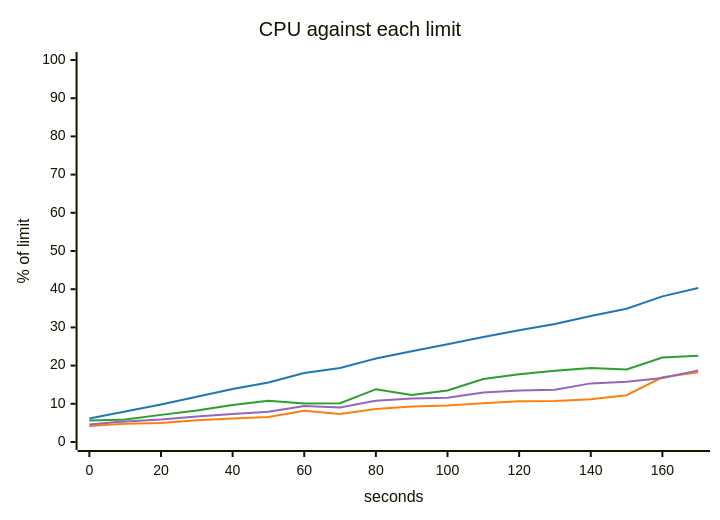
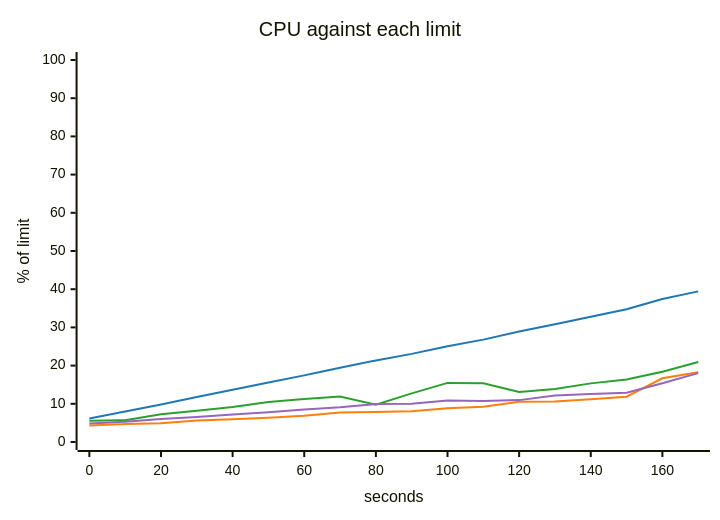
Before and after one commit to akinfemi/load-lore: the fifth of 5 diagrams in scenarios/stale-orders/solutions/bigger-replica/report.md, drawn with Mermaid. The commit also changed other lines of this file and 71 other files, not shown here.

````diff
--- a/scenarios/stale-orders/solutions/bigger-replica/report.md
+++ b/scenarios/stale-orders/solutions/bigger-replica/report.md
@@ -94,17 +95,17 @@
 ```mermaid
 ---
 config:
   themeVariables:
     xyChart:
       backgroundColor: "transparent"
       plotColorPalette: "#1f77b4, #ff7f0e, #2ca02c, #9467bd"
 ---
 xychart-beta
     title "CPU against each limit"
     x-axis "seconds" 0 --> 170
     y-axis "% of limit" 0 --> 100
-    line [6.161, 7.981, 9.844, 11.836, 13.89, 15.602, 18.078, 19.396, 21.838, 23.737, 25.592, 27.467, 29.248, 30.887, 32.969, 34.9, 38.125, 40.298]
-    line [4.187, 4.782, 4.996, 5.718, 6.165, 6.53, 8.198, 7.362, 8.636, 9.317, 9.58, 10.126, 10.663, 10.712, 11.174, 12.247, 16.942, 18.247]
-    line [5.643, 5.883, 7.103, 8.229, 9.684, 10.8, 10.106, 10.155, 13.798, 12.279, 13.463, 16.491, 17.74, 18.665, 19.341, 18.966, 22.092, 22.601]
-    line [4.577, 5.396, 5.87, 6.689, 7.313, 7.922, 9.44, 9.023, 10.812, 11.37, 11.564, 12.931, 13.465, 13.706, 15.345, 15.768, 16.73, 18.754]
+    line [6.174, 8.002, 9.838, 11.781, 13.668, 15.556, 17.441, 19.432, 21.351, 23.068, 25.054, 26.804, 28.92, 30.821, 32.809, 34.732, 37.425, 39.436]
+    line [4.291, 4.684, 4.905, 5.616, 5.983, 6.341, 6.863, 7.7, 7.84, 8.063, 8.834, 9.198, 10.516, 10.595, 11.175, 11.844, 16.685, 18.281]
+    line [5.58, 5.688, 7.269, 8.162, 9.159, 10.469, 11.233, 11.919, 9.768, 12.724, 15.472, 15.378, 13.114, 13.891, 15.346, 16.371, 18.413, 20.931]
+    line [4.823, 5.304, 6.038, 6.551, 7.186, 7.804, 8.511, 9.113, 9.928, 10.019, 10.854, 10.734, 10.963, 12.202, 12.578, 12.872, 15.402, 18.027]
 ```
````
